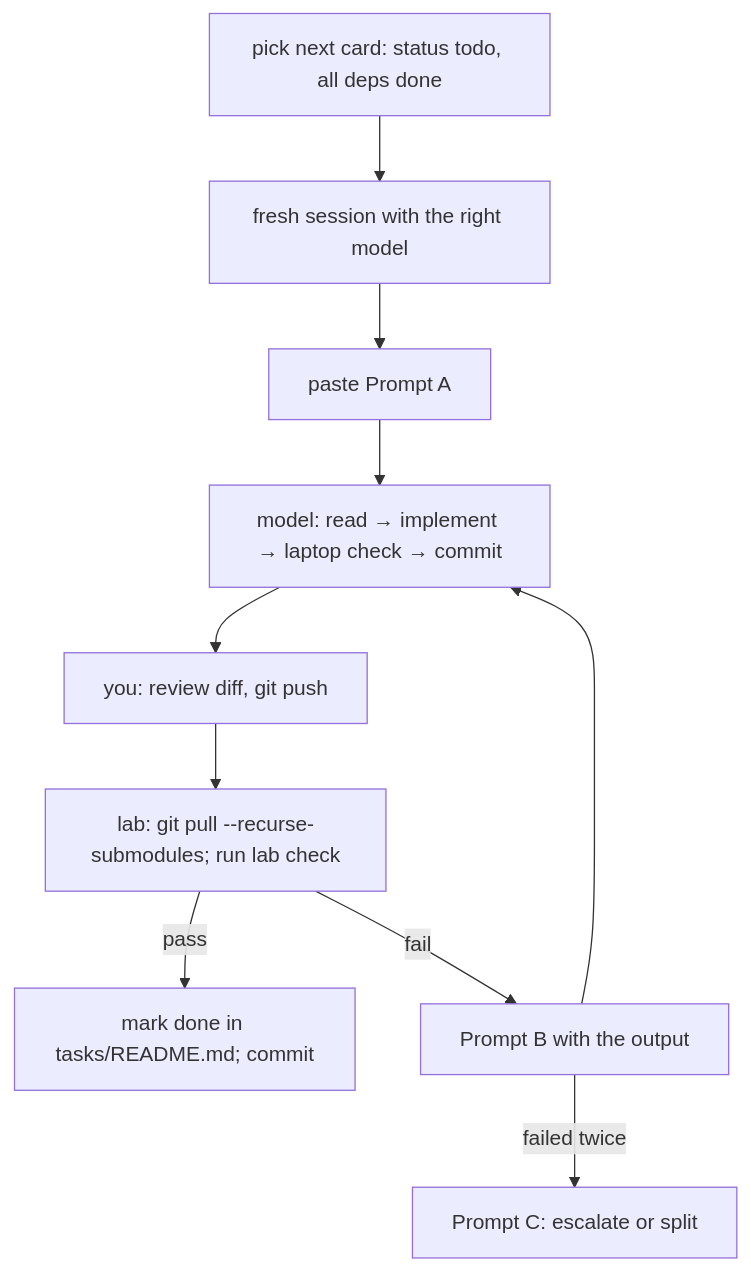
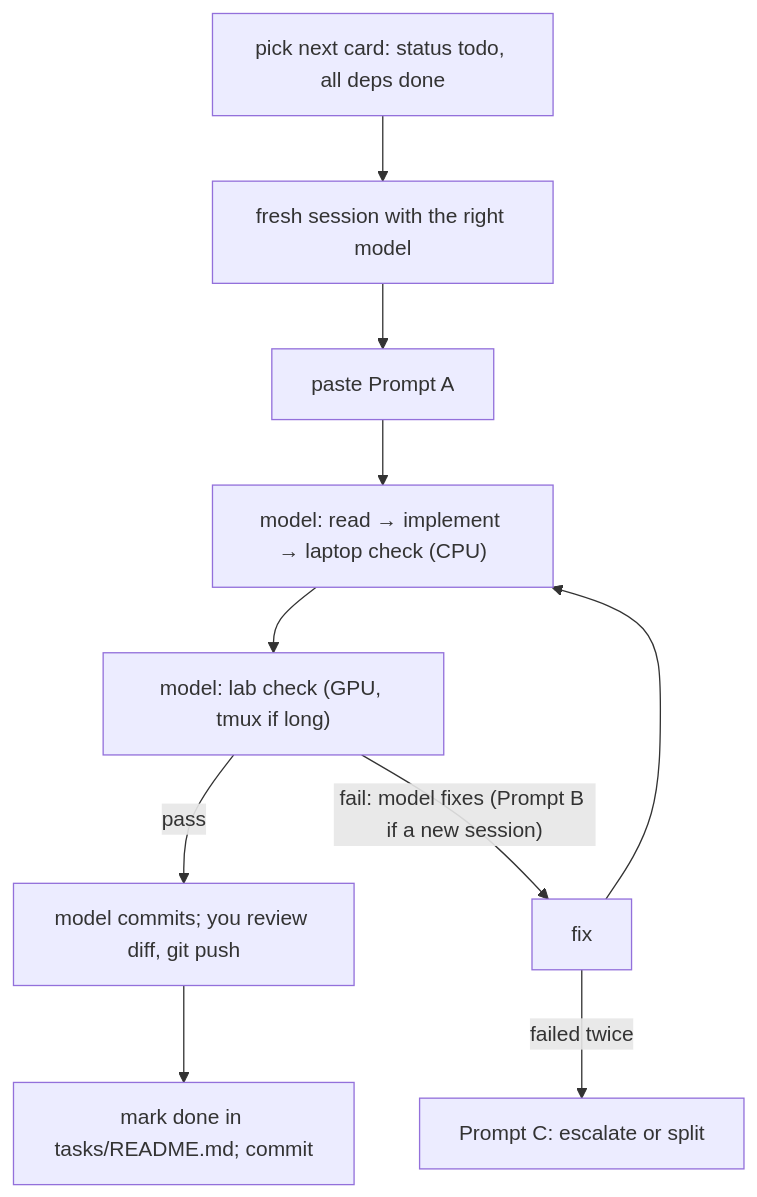
The diagram in docs/spec/10-workflow-small-models.md (hasanfaesal/nvs), drawn with Mermaid before and after one commit. The commit also changed other lines of this file and 6 other files, not shown here.

````diff
--- a/docs/spec/10-workflow-small-models.md
+++ b/docs/spec/10-workflow-small-models.md
@@ -32,12 +38,12 @@
 ```mermaid
 flowchart TB
   A["pick next card: status todo, all deps done"] --> B["fresh session with the right model"]
   B --> C["paste Prompt A"]
-  C --> D["model: read → implement → laptop check → commit"]
-  D --> E["you: review diff, git push"]
-  E --> F["lab: git pull --recurse-submodules; run lab check"]
-  F -->|pass| G["mark done in tasks/README.md; commit"]
-  F -->|fail| H["Prompt B with the output"]
+  C --> D["model: read → implement → laptop check (CPU)"]
+  D --> F["model: lab check (GPU, tmux if long)"]
+  F -->|pass| E["model commits; you review diff, git push"]
+  E --> G["mark done in tasks/README.md; commit"]
+  F -->|"fail: model fixes (Prompt B if a new session)"| H["fix"]
   H --> D
   H -->|failed twice| I["Prompt C: escalate or split"]
 ```
````
